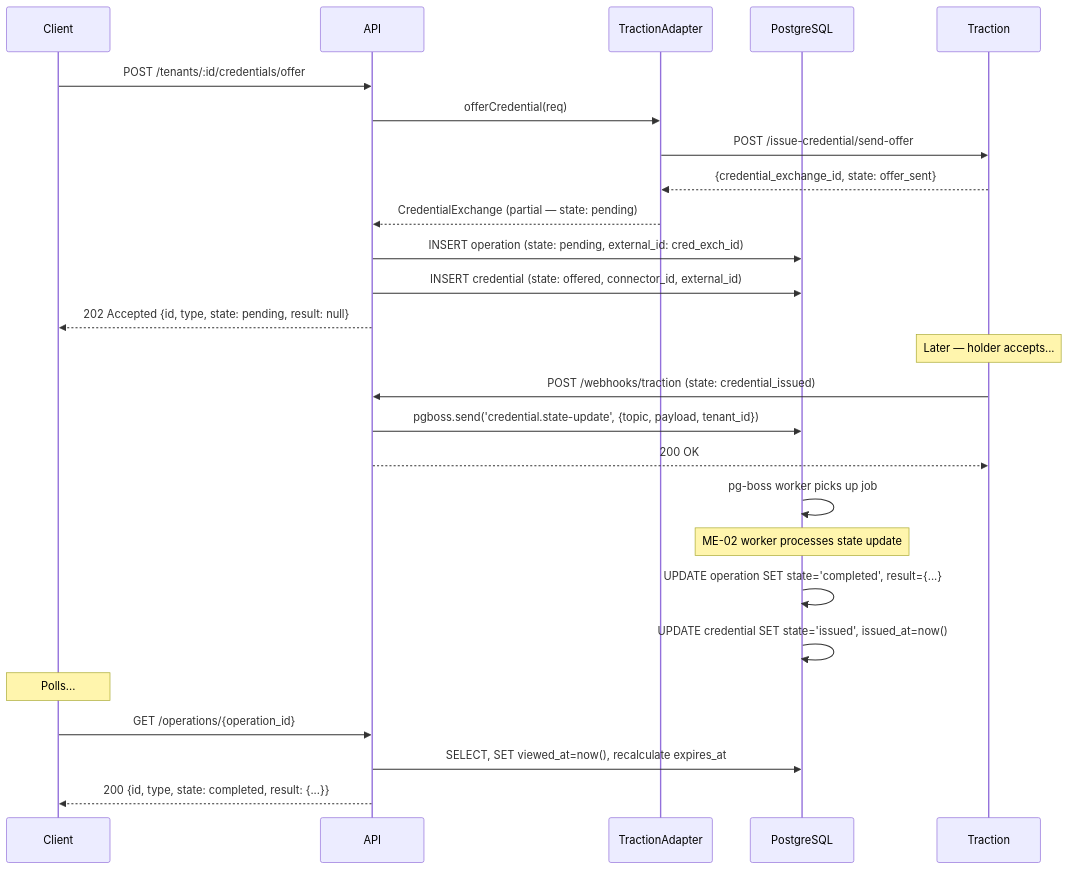
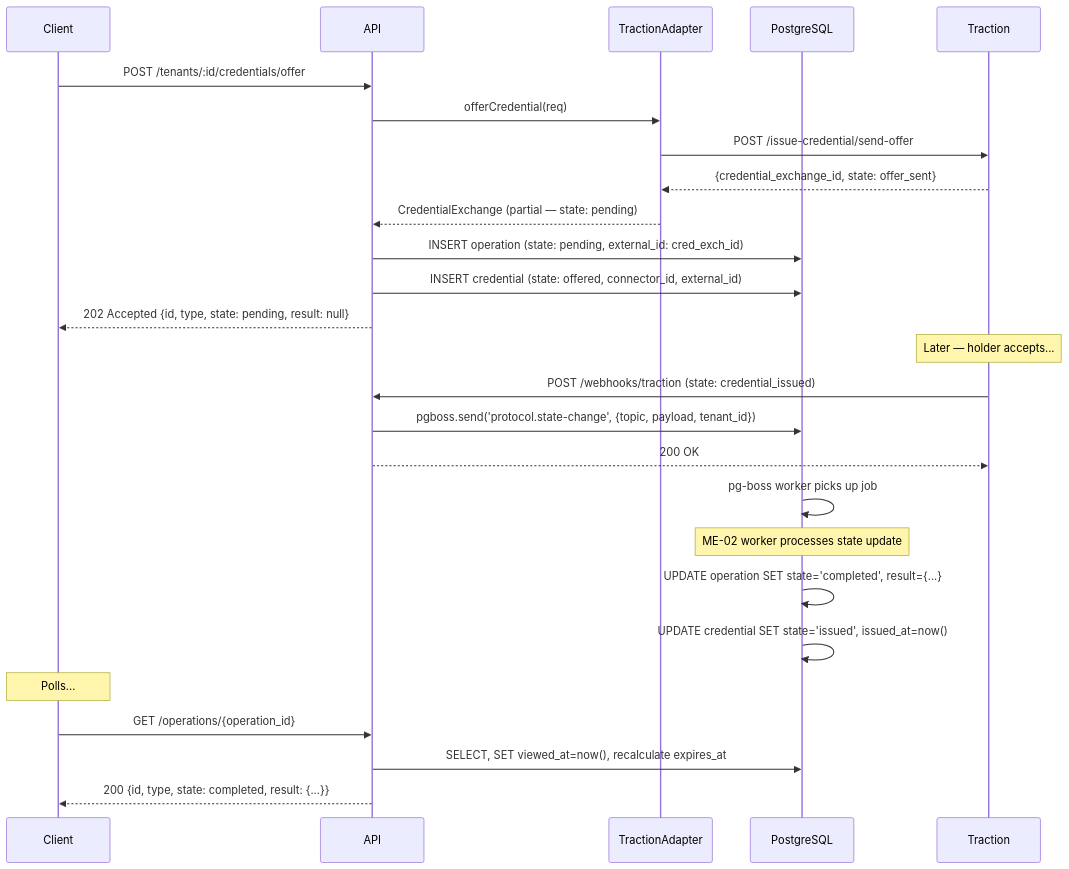
One commit to bcgov/digital-trust-common-service changed the tenth of 22 diagrams in docs/ARCHITECTURE.md. Above: the diagram before and after it, drawn with Mermaid. The commit also changed other lines of this file and 38 other files, not shown here.

````diff
--- a/docs/ARCHITECTURE.md
+++ b/docs/ARCHITECTURE.md
@@ -807,31 +808,31 @@
 ```mermaid
 sequenceDiagram
     participant Client
     participant API
     participant Adapter as TractionAdapter
     participant DB as PostgreSQL
     participant Traction
 
     Client->>API: POST /tenants/:id/credentials/offer
     API->>Adapter: offerCredential(req)
     Adapter->>Traction: POST /issue-credential/send-offer
     Traction-->>Adapter: {credential_exchange_id, state: offer_sent}
     Adapter-->>API: CredentialExchange (partial — state: pending)
     API->>DB: INSERT operation (state: pending, external_id: cred_exch_id)
     API->>DB: INSERT credential (state: offered, connector_id, external_id)
     API-->>Client: 202 Accepted {id, type, state: pending, result: null}
 
     Note over Traction: Later — holder accepts...
 
     Traction->>API: POST /webhooks/traction (state: credential_issued)
-    API->>DB: pgboss.send('credential.state-update', {topic, payload, tenant_id})
+    API->>DB: pgboss.send('protocol.state-change', {topic, payload, tenant_id})
     API-->>Traction: 200 OK
     DB->>DB: pg-boss worker picks up job
     Note over DB: ME-02 worker processes state update
     DB->>DB: UPDATE operation SET state='completed', result={...}
     DB->>DB: UPDATE credential SET state='issued', issued_at=now()
     Note over Client: Polls...
     Client->>API: GET /operations/{operation_id}
     API->>DB: SELECT, SET viewed_at=now(), recalculate expires_at
     API-->>Client: 200 {id, type, state: completed, result: {...}}
 ```
````
